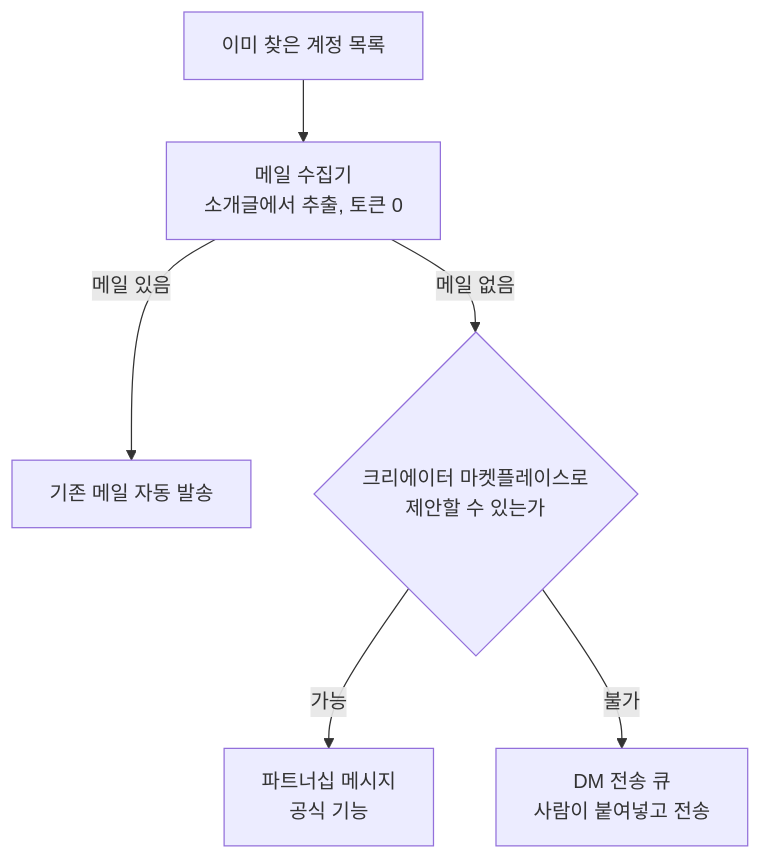
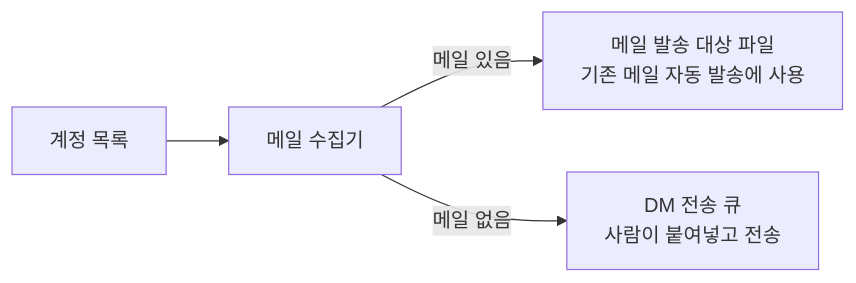
One commit to wonyoungjacob/seeding-automation changed the diagram in README.md. Above: the diagram before and after it, drawn with Mermaid. The commit also changed other lines of this file and 3 other files, not shown here.

````diff
--- a/README.md
+++ b/README.md
@@ -117,8 +16,6 @@
 ```mermaid
-flowchart TD
-    U["이미 찾은 계정 목록"] --> E["메일 수집기<br/>소개글에서 추출, 토큰 0"]
-    E -->|메일 있음| M["기존 메일 자동 발송"]
-    E -->|메일 없음| P{"크리에이터 마켓플레이스로<br/>제안할 수 있는가"}
-    P -->|가능| PM["파트너십 메시지<br/>공식 기능"]
-    P -->|불가| Q["DM 전송 큐<br/>사람이 붙여넣고 전송"]
+flowchart LR
+    U["계정 목록"] --> E["메일 수집기"]
+    E -->|메일 있음| M["메일 발송 대상 파일<br/>기존 메일 자동 발송에 사용"]
+    E -->|메일 없음| Q["DM 전송 큐<br/>사람이 붙여넣고 전송"]
 ```
````
